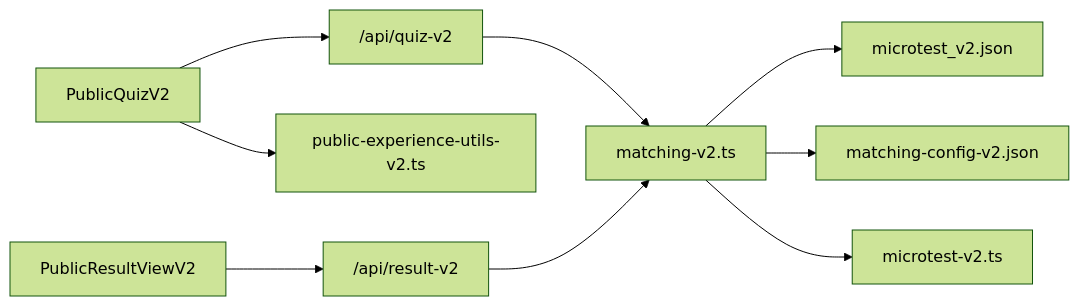
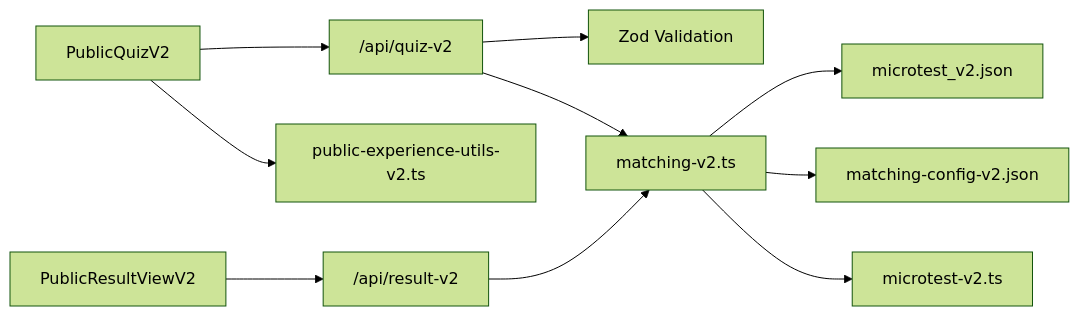
Before and after one commit to AmeliaDi/ProyectoENESZooMatch: the ninth of 9 diagrams in .qoder/repowiki/en/content/Core Components/Interactive Quiz Interface v2.md, drawn with Mermaid (forest theme). The commit also changed other lines of this file and 43 other files, not shown here.

````diff
--- a/.qoder/repowiki/en/content/Core Components/Interactive Quiz Interface v2.md
+++ b/.qoder/repowiki/en/content/Core Components/Interactive Quiz Interface v2.md
@@ -437,11 +458,12 @@
 ```mermaid
 graph LR
 PublicQuizV2["PublicQuizV2"] --> QuizAPI["/api/quiz-v2"]
 PublicResultViewV2["PublicResultViewV2"] --> ResultAPI["/api/result-v2"]
+QuizAPI --> Validation["Zod Validation"]
 QuizAPI --> MatchingLib["matching-v2.ts"]
 ResultAPI --> MatchingLib
 MatchingLib --> MicrotestJSON["microtest_v2.json"]
 MatchingLib --> ConfigJSON["matching-config-v2.json"]
 MatchingLib --> Types["microtest-v2.ts"]
 PublicQuizV2 --> UtilsV2["public-experience-utils-v2.ts"]
 ```
````
